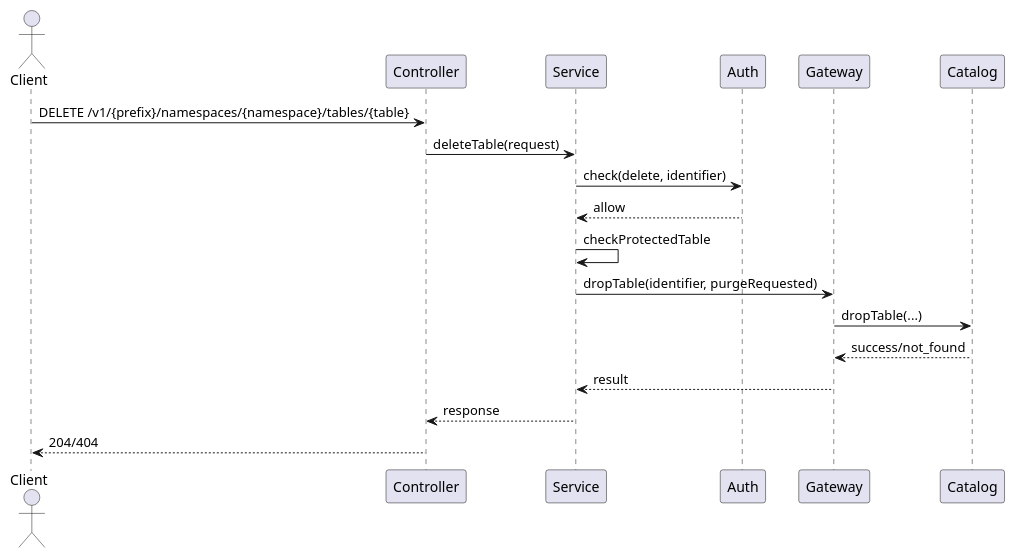
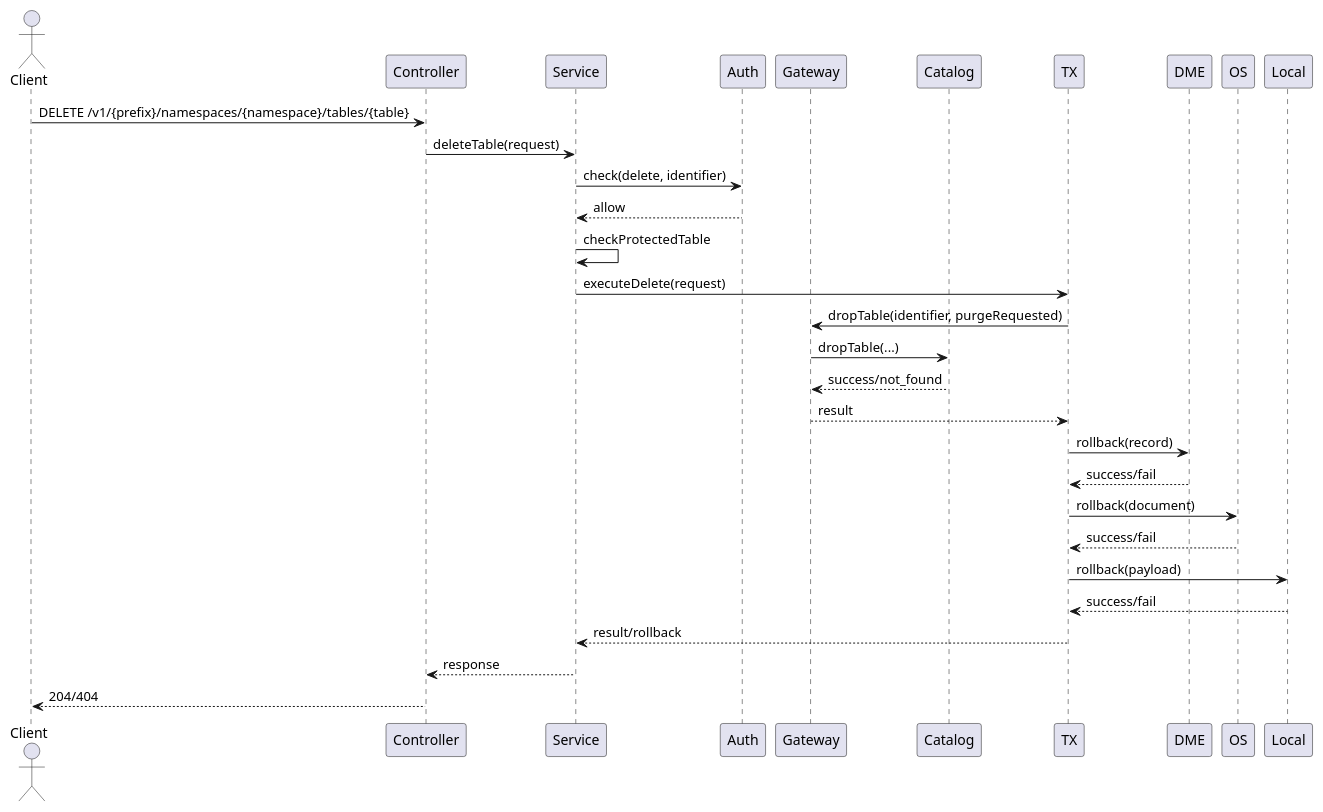
Before and after one commit to jingwang-0415/codex: diagram 16 of 17 in Iceberg_Table接口能力_软件实现设计说明书.md, drawn with PlantUML. The commit also changed other lines of this file, not shown here.

Commit message:
Add saga-based consistency design to Iceberg table spec

````diff
--- a/Iceberg_Table接口能力_软件实现设计说明书.md
+++ b/Iceberg_Table接口能力_软件实现设计说明书.md
@@ -1085,22 +1369,30 @@
 ```plantuml
 @startuml
 actor Client
 participant Controller
 participant Service
 participant Auth
 participant Gateway
 participant Catalog
 
 Client -> Controller : DELETE /v1/{prefix}/namespaces/{namespace}/tables/{table}
 Controller -> Service : deleteTable(request)
 Service -> Auth : check(delete, identifier)
 Auth --> Service : allow
 Service -> Service : checkProtectedTable
-Service -> Gateway : dropTable(identifier, purgeRequested)
+Service -> TX : executeDelete(request)
+TX -> Gateway : dropTable(identifier, purgeRequested)
 Gateway -> Catalog : dropTable(...)
 Catalog --> Gateway : success/not_found
-Gateway --> Service : result
+Gateway --> TX : result
+TX -> DME : rollback(record)
+DME --> TX : success/fail
+TX -> OS : rollback(document)
+OS --> TX : success/fail
+TX -> Local : rollback(payload)
+Local --> TX : success/fail
+TX --> Service : result/rollback
 Service --> Controller : response
 Controller --> Client : 204/404
 @enduml
 ```
````
